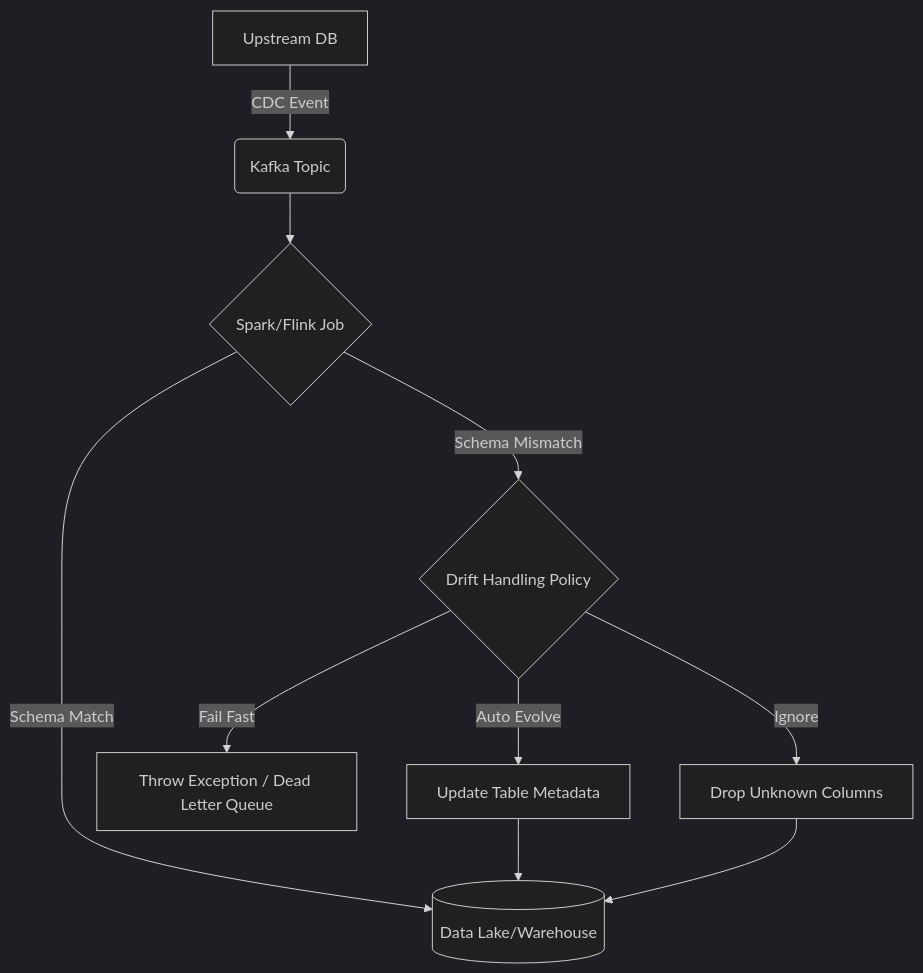
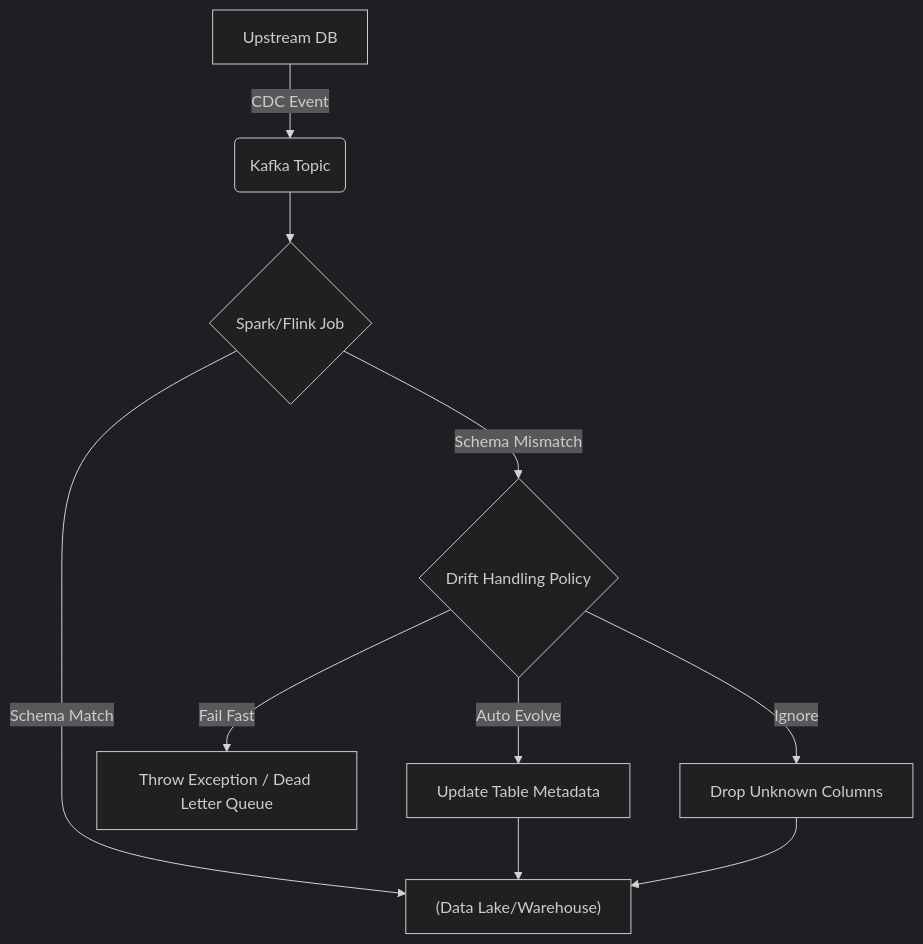
The first of 2 diagrams in src/content/docs/concepts/7-dataops-orchestration-quality/schema-drift.md (kythuatdulieu/kythuatdulieu.github.io), drawn with Mermaid (dark theme) before and after one commit. The commit also changed other lines of this file and 190 other files, not shown here.

Commit message:
fix: resolve mermaid syntax, math rendering, and metadata issues from content rewrite

````diff
--- a/src/content/docs/concepts/7-dataops-orchestration-quality/schema-drift.md
+++ b/src/content/docs/concepts/7-dataops-orchestration-quality/schema-drift.md
@@ -29,12 +29,12 @@
 ```mermaid
 flowchart TD
-    A[Upstream DB] -->|CDC Event| B(Kafka Topic)
+    A["Upstream DB"] -->|CDC Event| B("Kafka Topic")
     B --> C{Spark/Flink Job}
-    C -->|Schema Match| D[(Data Lake/Warehouse)]
+    C -->|Schema Match| D["(Data Lake/Warehouse)"]
     C -->|Schema Mismatch| E{Drift Handling Policy}
-    E -->|Fail Fast| F[Throw Exception / Dead Letter Queue]
-    E -->|Auto Evolve| G[Update Table Metadata]
+    E -->|Fail Fast| F["Throw Exception / Dead Letter Queue"]
+    E -->|Auto Evolve| G["Update Table Metadata"]
     G --> D
-    E -->|Ignore| H[Drop Unknown Columns]
+    E -->|Ignore| H["Drop Unknown Columns"]
     H --> D
 ```
````
